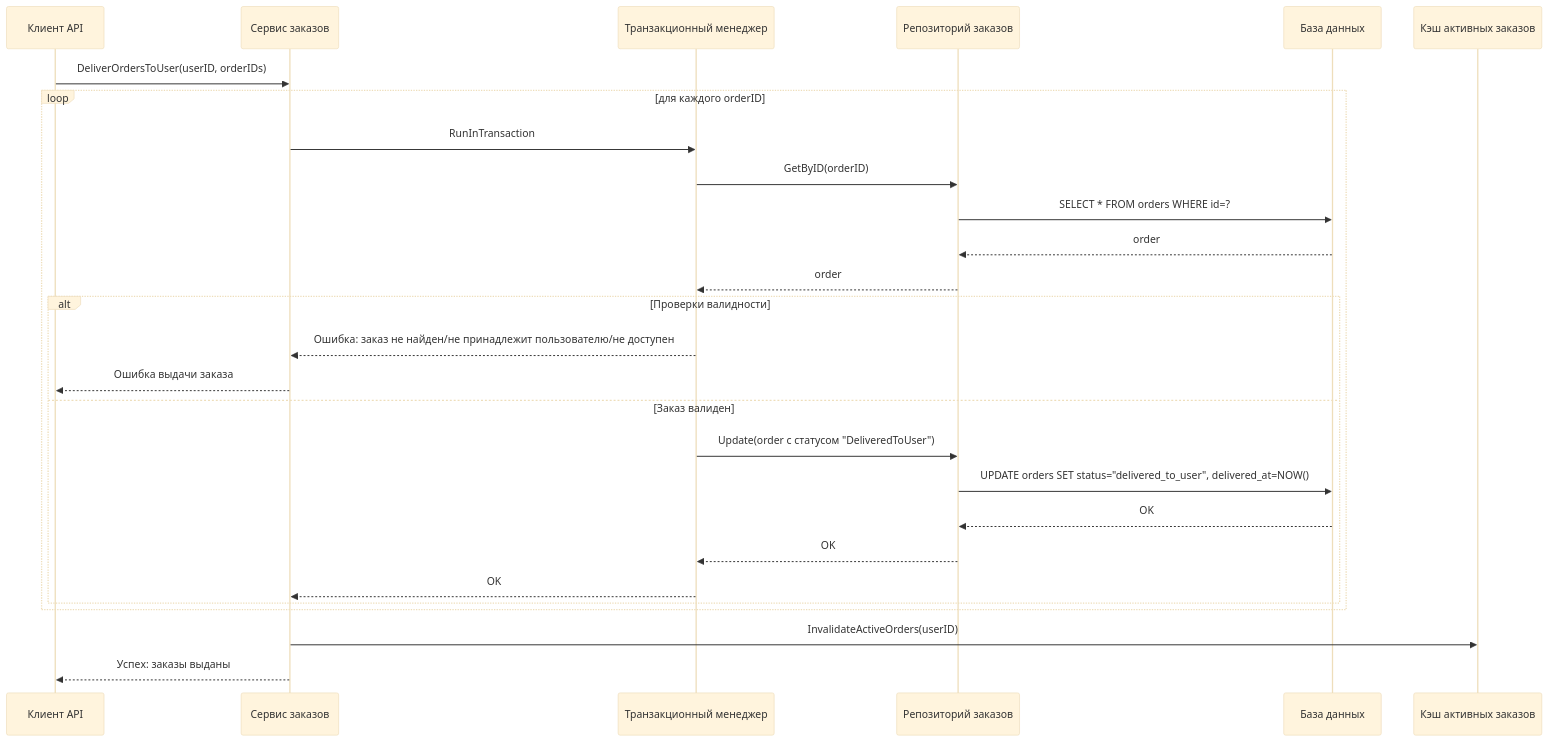
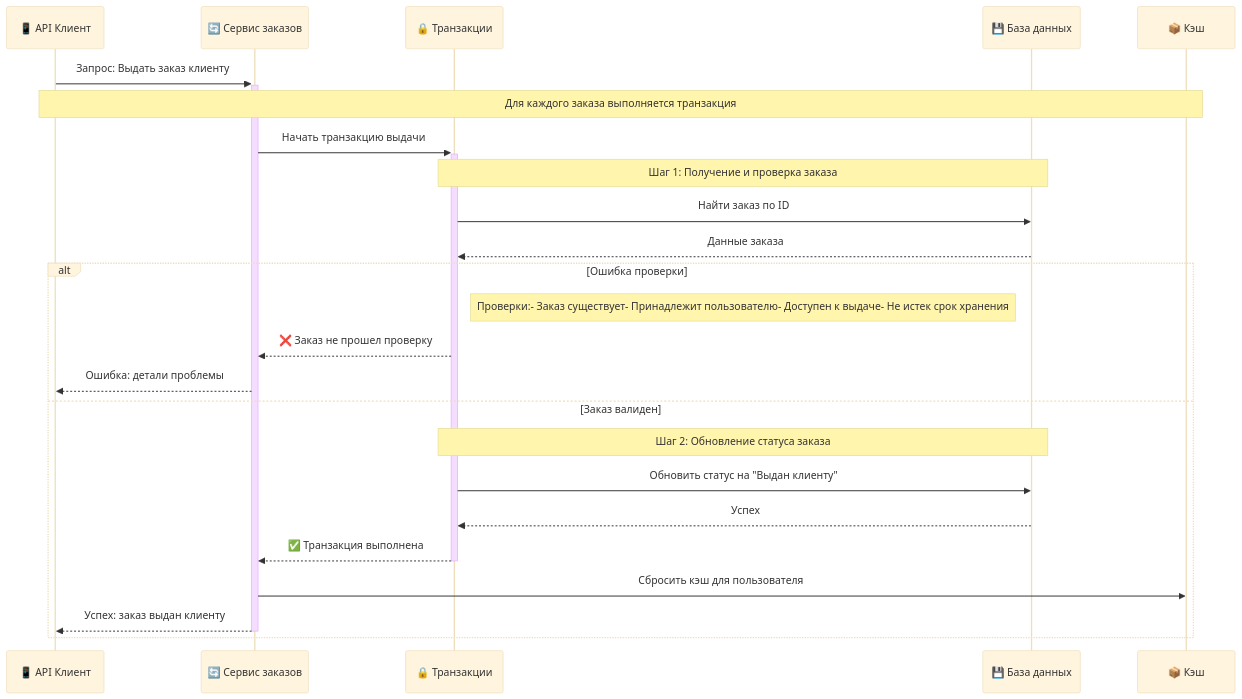
Before and after one commit to Gorney-Alex/QueueFightersGameWinForm: the second of 4 diagrams in README.md, drawn with Mermaid (base theme). The commit also changed other lines of this file, not shown here.

````diff
--- a/README.md
+++ b/README.md
@@ -48,33 +48,33 @@
 ```mermaid
 sequenceDiagram
-    participant Client as Клиент API
-    participant Service as Сервис заказов
-    participant TxManager as Транзакционный менеджер
-    participant Repo as Репозиторий заказов
-    participant DB as База данных
-    participant Cache as Кэш активных заказов
+    participant Client as 📱 API Клиент
+    participant Service as 🔄 Сервис заказов
+    participant TxManager as 🔒 Транзакции
+    participant DB as 💾 База данных
+    participant Cache as 📦 Кэш
 
-    Client->>Service: DeliverOrdersToUser(userID, orderIDs)
+    Client->>+Service: Запрос: Выдать заказ клиенту
     
-    loop для каждого orderID
-        Service->>TxManager: RunInTransaction
-        TxManager->>Repo: GetByID(orderID)
-        Repo->>DB: SELECT * FROM orders WHERE id=?
-        DB-->>Repo: order
-        Repo-->>TxManager: order
+    Note over Client,Cache: Для каждого заказа выполняется транзакция
+    
+    Service->>+TxManager: Начать транзакцию выдачи
+    
+    Note over TxManager,DB: Шаг 1: Получение и проверка заказа
+    TxManager->>DB: Найти заказ по ID
+    DB-->>TxManager: Данные заказа
+    
+    alt Ошибка проверки
+        Note right of TxManager: Проверки:- Заказ существует- Принадлежит пользователю- Доступен к выдаче- Не истек срок хранения
+        TxManager-->>Service: ❌ Заказ не прошел проверку
+        Service-->>Client: Ошибка: детали проблемы
+    else Заказ валиден
+        Note over TxManager,DB: Шаг 2: Обновление статуса заказа
         
-        alt Проверки валидности
-            TxManager-->>Service: Ошибка: заказ не найден/не принадлежит пользователю/не доступен
-            Service-->>Client: Ошибка выдачи заказа
-        else Заказ валиден
-            TxManager->>Repo: Update(order с статусом "DeliveredToUser")
-            Repo->>DB: UPDATE orders SET status="delivered_to_user", delivered_at=NOW()
-            DB-->>Repo: OK
-            Repo-->>TxManager: OK
-            TxManager-->>Service: OK
-        end
+        TxManager->>DB: Обновить статус на "Выдан клиенту"
+        DB-->>TxManager: Успех
+        TxManager-->>-Service: ✅ Транзакция выполнена
+        
+        Service->>Cache: Сбросить кэш для пользователя
+        Service-->>-Client: Успех: заказ выдан клиенту
     end
-    
-    Service->>Cache: InvalidateActiveOrders(userID)
-    Service-->>Client: Успех: заказы выданы
 ```
````
